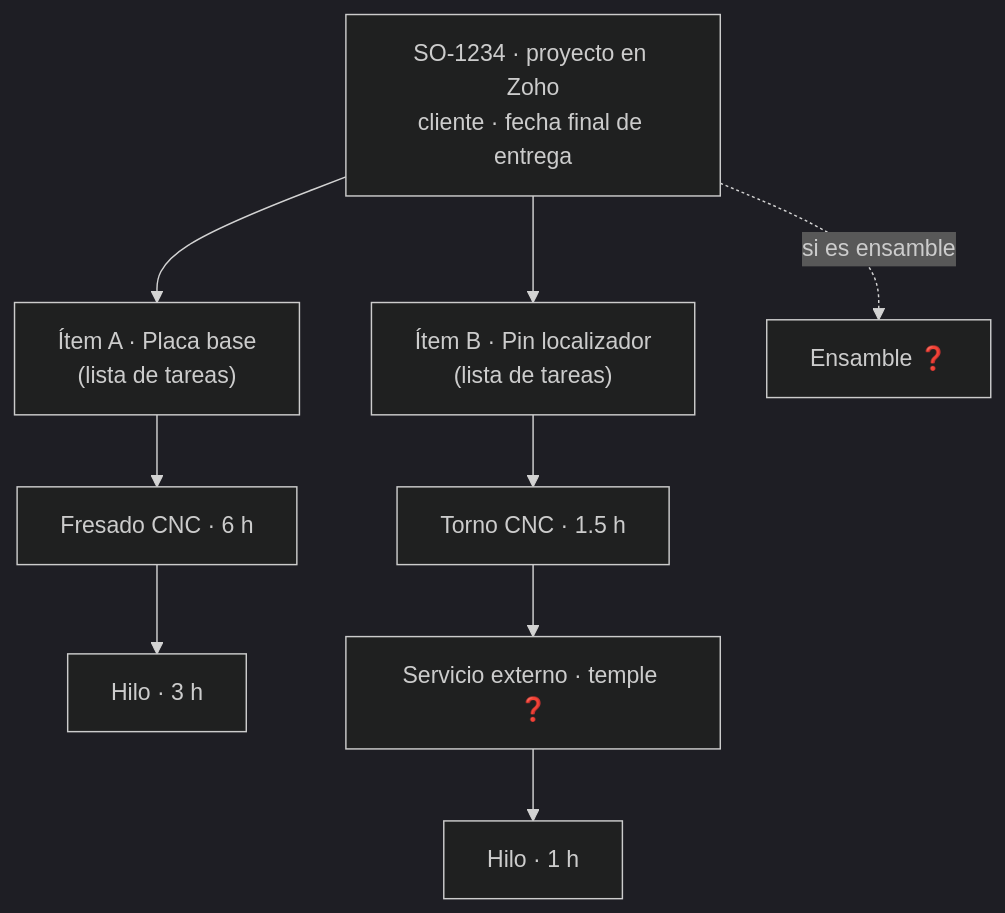
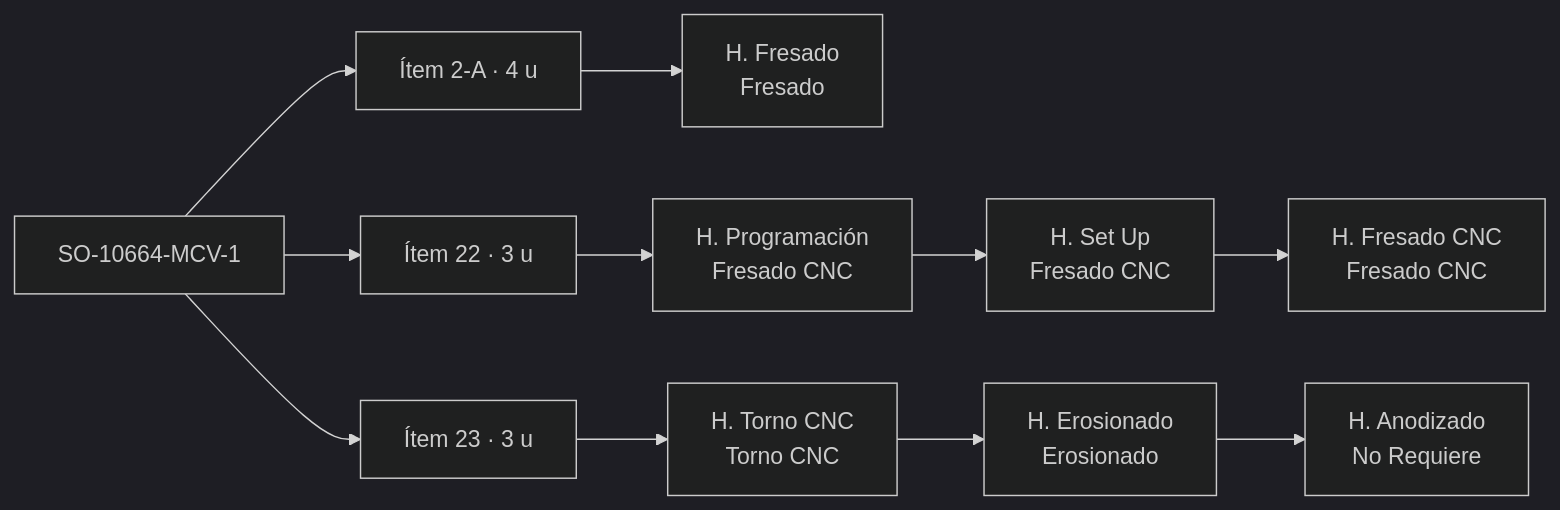
One commit to Alvaro130601/pts-shoptrack changed the diagram in docs/PROCESO.md. Above: the diagram before and after it, drawn with Mermaid (dark theme). The commit also changed other lines of this file and 2 other files, not shown here.

First line of the commit message:
Actualizar el modelo del proceso con un SO real (SO-10664-MCV-1)

````diff
--- a/docs/PROCESO.md
+++ b/docs/PROCESO.md
@@ -9,9 +8,7 @@
 ```mermaid
-flowchart TD
-  SO["SO-1234 · proyecto en Zoho<br/>cliente · fecha final de entrega"]
-  SO --> IA["Ítem A · Placa base<br/>(lista de tareas)"]
-  SO --> IB["Ítem B · Pin localizador<br/>(lista de tareas)"]
-  SO -. si es ensamble .-> EN["Ensamble ❓"]
-  IA --> A1["Fresado CNC · 6 h"] --> A2["Hilo · 3 h"]
-  IB --> B1["Torno CNC · 1.5 h"] --> B2["Servicio externo · temple ❓"] --> B3["Hilo · 1 h"]
+flowchart LR
+  SO["SO-10664-MCV-1"]
+  SO --> I2A["Ítem 2-A · 4 u"] --> A1["H. Fresado<br/>Fresado"]
+  SO --> I22["Ítem 22 · 3 u"] --> B1["H. Programación<br/>Fresado CNC"] --> B2["H. Set Up<br/>Fresado CNC"] --> B3["H. Fresado CNC<br/>Fresado CNC"]
+  SO --> I23["Ítem 23 · 3 u"] --> C1["H. Torno CNC<br/>Torno CNC"] --> C2["H. Erosionado<br/>Erosionado"] --> C3["H. Anodizado<br/>No Requiere"]
 ```
````
